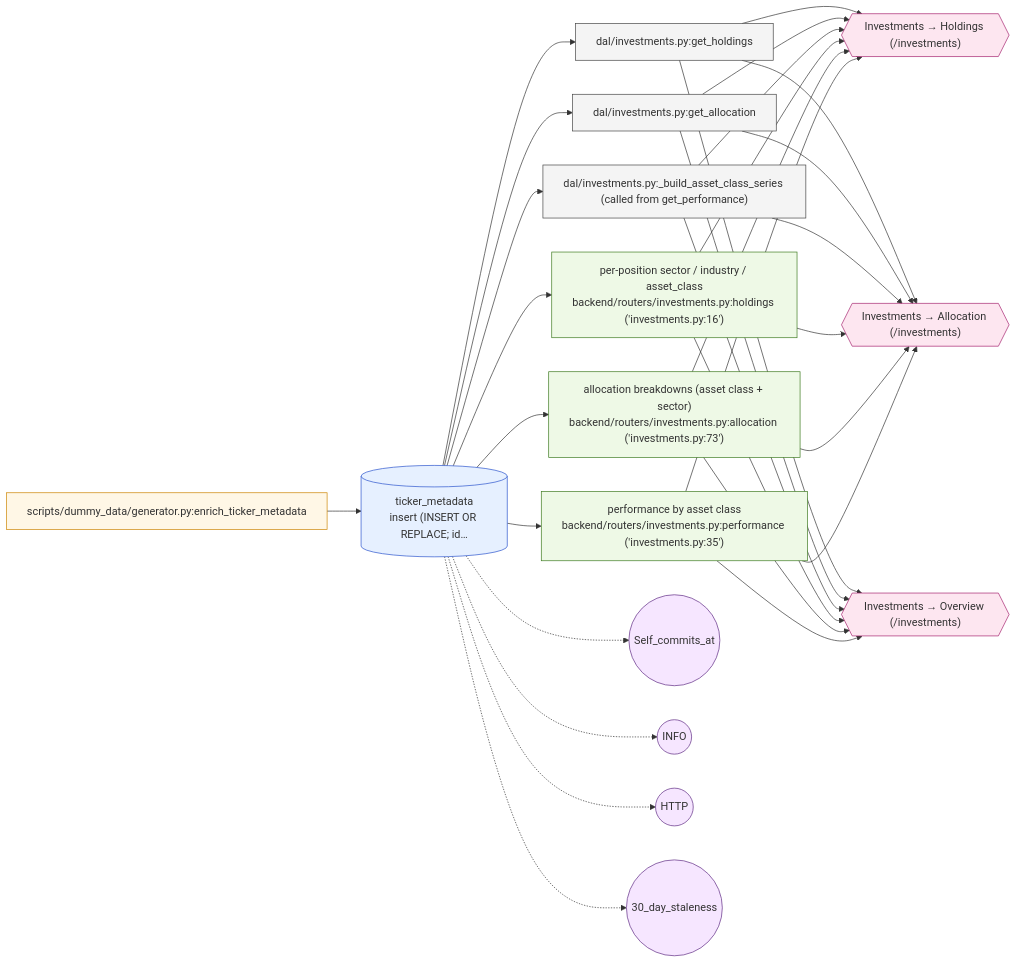
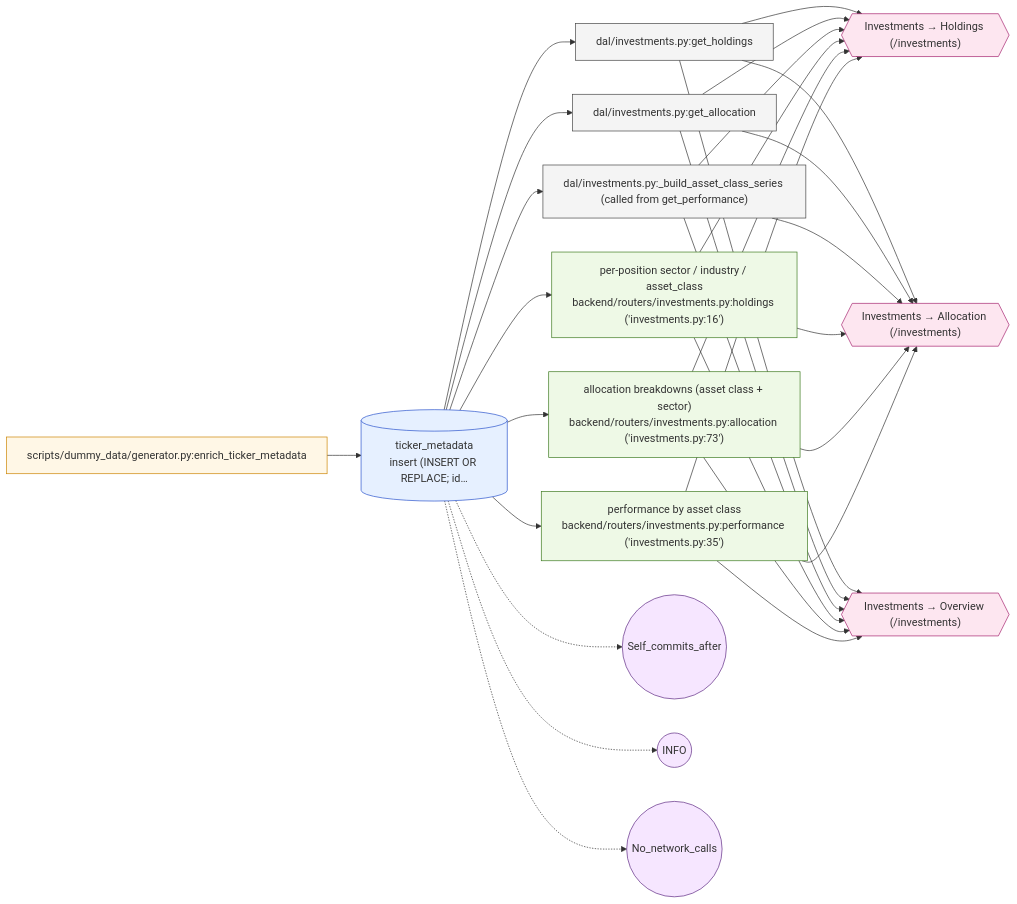
The diagram in docs/data-lineage/diagrams/ticker_metadata_enrichment.mmd (wileyqe/Sentry-Finance), drawn with Mermaid before and after one commit. The commit also changed 50 other files, not shown here.

```diff
--- a/docs/data-lineage/diagrams/ticker_metadata_enrichment.mmd
+++ b/docs/data-lineage/diagrams/ticker_metadata_enrichment.mmd
@@ -1,61 +1,59 @@
 %% Auto-generated by build_diagrams.py — do not edit by hand.
 %% Event: ticker_metadata_enrichment (class: system_derived)
-%% Ticker metadata enrichment (yfinance)
+%% Ticker metadata enrichment (trusted fixture)
 graph LR
   origin["scripts/dummy_data/generator.py:enrich_ticker_metadata"]
   tbl_ticker_metadata[("ticker_metadata<br/>insert (INSERT OR REPLACE; id…")]
   origin --> tbl_ticker_metadata
   dc0_get_holdings["dal/investments.py:get_holdings"]
   dc1_get_allocation["dal/investments.py:get_allocation"]
   dc2_build_asset_class_series_called_from_get_performance["dal/investments.py:_build_asset_class_series (called from get_performance)"]
   dv0_per_position_sector_industry_asset_class["per-position sector / industry / asset_class<br/>backend/routers/investments.py:holdings ('investments.py:16')"]
   dv1_allocation_breakdowns_asset_class_sector["allocation breakdowns (asset class + sector)<br/>backend/routers/investments.py:allocation ('investments.py:73')"]
   dv2_performance_by_asset_class["performance by asset class<br/>backend/routers/investments.py:performance ('investments.py:35')"]
   tbl_ticker_metadata --> dc0_get_holdings
   tbl_ticker_metadata --> dc1_get_allocation
   tbl_ticker_metadata --> dc2_build_asset_class_series_called_from_get_performance
   tbl_ticker_metadata --> dv0_per_position_sector_industry_asset_class
   tbl_ticker_metadata --> dv1_allocation_breakdowns_asset_class_sector
   tbl_ticker_metadata --> dv2_performance_by_asset_class
   ui0_Investments_Holdings_investments{{"Investments → Holdings (/investments)"}}
   ui1_Investments_Allocation_investments{{"Investments → Allocation (/investments)"}}
   ui2_Investments_Overview_investments{{"Investments → Overview (/investments)"}}
   dc0_get_holdings --> ui0_Investments_Holdings_investments
   dc1_get_allocation --> ui0_Investments_Holdings_investments
   dc2_build_asset_class_series_called_from_get_performance --> ui0_Investments_Holdings_investments
   dv0_per_position_sector_industry_asset_class --> ui0_Investments_Holdings_investments
   dv1_allocation_breakdowns_asset_class_sector --> ui0_Investments_Holdings_investments
   dv2_performance_by_asset_class --> ui0_Investments_Holdings_investments
   dc0_get_holdings --> ui1_Investments_Allocation_investments
   dc1_get_allocation --> ui1_Investments_Allocation_investments
   dc2_build_asset_class_series_called_from_get_performance --> ui1_Investments_Allocation_investments
   dv0_per_position_sector_industry_asset_class --> ui1_Investments_Allocation_investments
   dv1_allocation_breakdowns_asset_class_sector --> ui1_Investments_Allocation_investments
   dv2_performance_by_asset_class --> ui1_Investments_Allocation_investments
   dc0_get_holdings --> ui2_Investments_Overview_investments
   dc1_get_allocation --> ui2_Investments_Overview_investments
   dc2_build_asset_class_series_called_from_get_performance --> ui2_Investments_Overview_investments
   dv0_per_position_sector_industry_asset_class --> ui2_Investments_Overview_investments
   dv1_allocation_breakdowns_asset_class_sector --> ui2_Investments_Overview_investments
   dv2_performance_by_asset_class --> ui2_Investments_Overview_investments
-  ex0_Self_commits_at(("Self_commits_at"))
-  tbl_ticker_metadata -.-> ex0_Self_commits_at
+  ex0_Self_commits_after(("Self_commits_after"))
+  tbl_ticker_metadata -.-> ex0_Self_commits_after
   ex1_INFO(("INFO"))
   tbl_ticker_metadata -.-> ex1_INFO
-  ex2_HTTP(("HTTP"))
-  tbl_ticker_metadata -.-> ex2_HTTP
-  ex3_30_day_staleness(("30_day_staleness"))
-  tbl_ticker_metadata -.-> ex3_30_day_staleness
+  ex2_No_network_calls(("No_network_calls"))
+  tbl_ticker_metadata -.-> ex2_No_network_calls
 
   classDef origin fill:#fff7e6,stroke:#cc8400,stroke-width:1px;
   classDef table fill:#e6f0ff,stroke:#2952cc,stroke-width:1px;
   classDef consumer fill:#f4f4f4,stroke:#444,stroke-width:1px;
   classDef derivation fill:#eef9e6,stroke:#3d7a1f,stroke-width:1px;
   classDef ui fill:#fde6f0,stroke:#a5226f,stroke-width:1px;
   classDef effect fill:#f6e6ff,stroke:#5e2a82,stroke-width:1px;
   class origin origin;
   class tbl_ticker_metadata table;
   class dc0_get_holdings,dc1_get_allocation,dc2_build_asset_class_series_called_from_get_performance consumer;
   class dv0_per_position_sector_industry_asset_class,dv1_allocation_breakdowns_asset_class_sector,dv2_performance_by_asset_class derivation;
   class ui0_Investments_Holdings_investments,ui1_Investments_Allocation_investments,ui2_Investments_Overview_investments ui;
-  class ex0_Self_commits_at,ex1_INFO,ex2_HTTP,ex3_30_day_staleness effect;
+  class ex0_Self_commits_after,ex1_INFO,ex2_No_network_calls effect;
```
